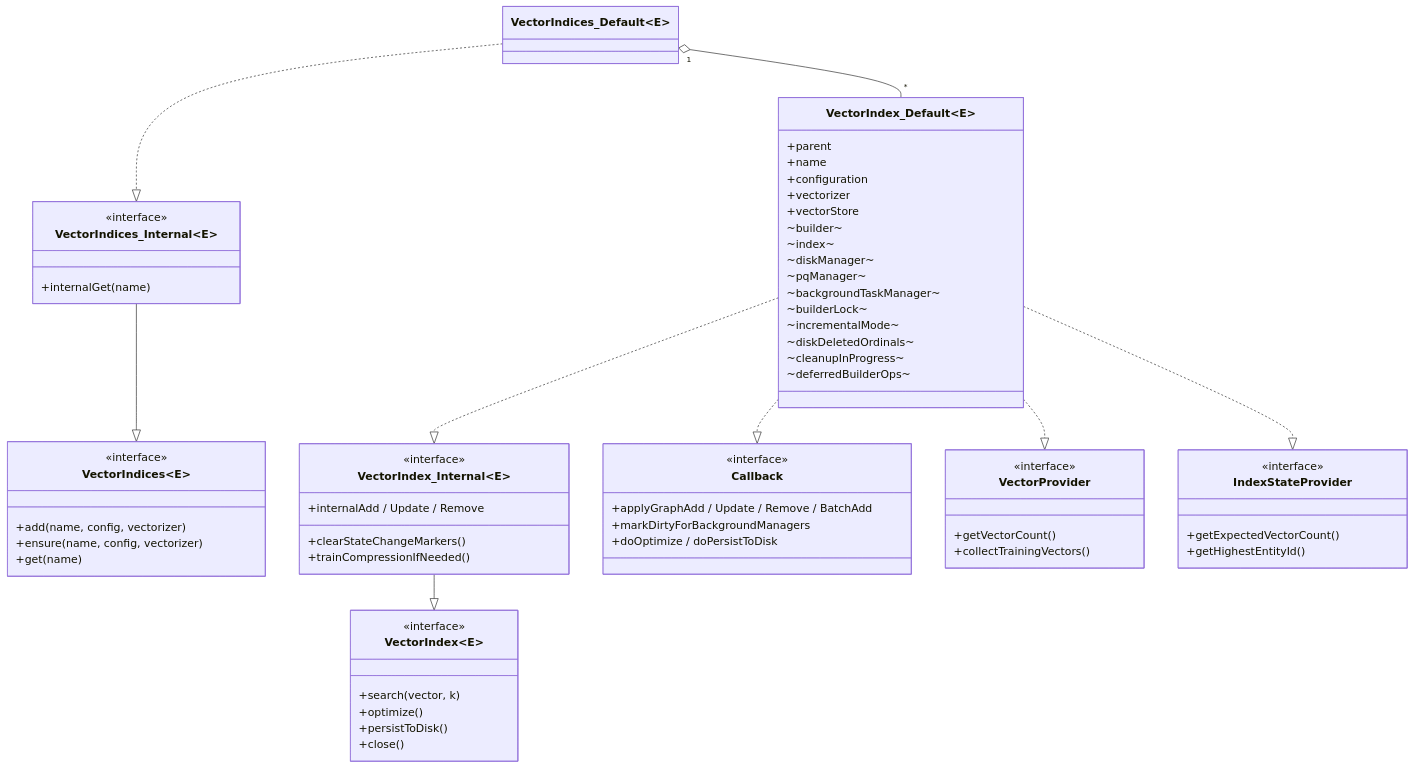
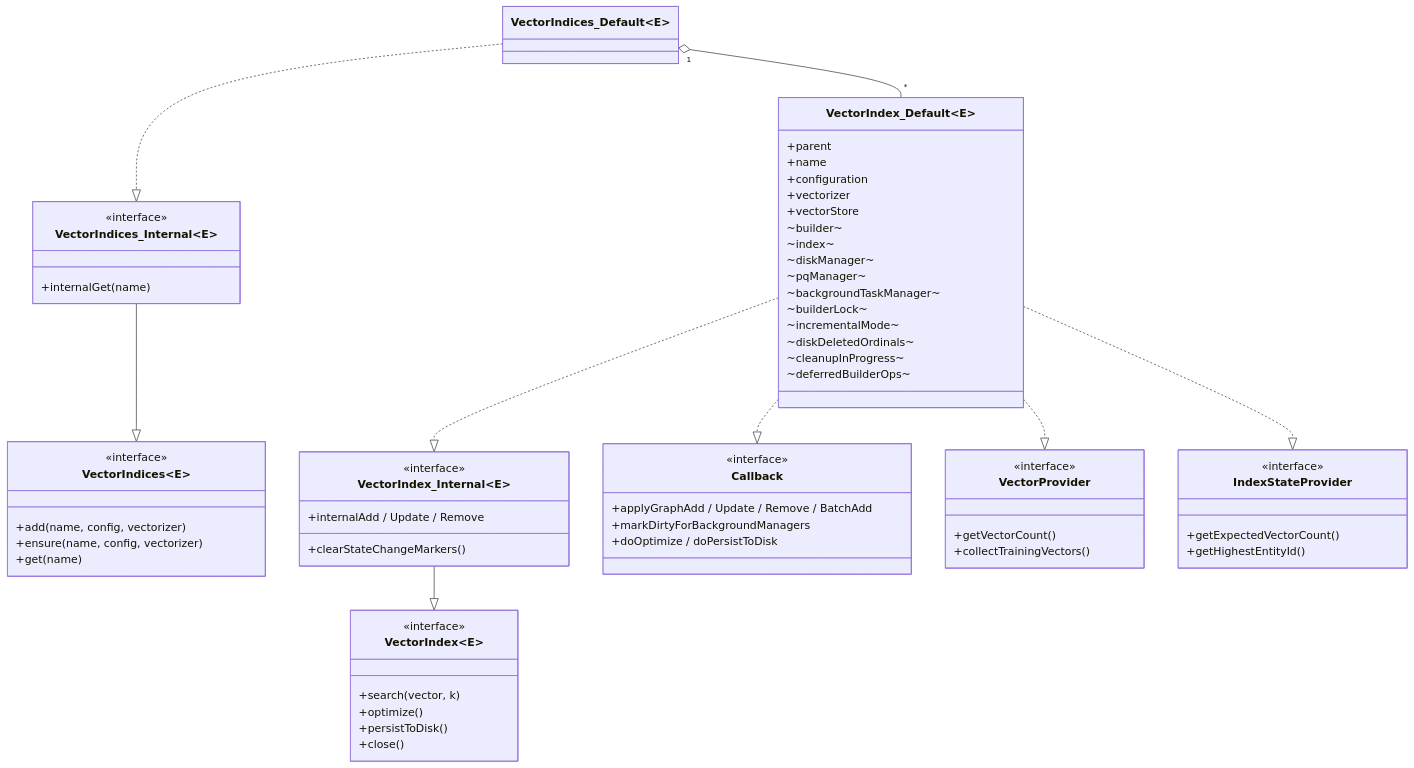
Before and after one commit to eclipse-store/store: the second of 10 diagrams in gigamap/jvector/ARCHITECTURE.md, drawn with Mermaid. The commit also changed other lines of this file and 15 other files, not shown here.

````diff
--- a/gigamap/jvector/ARCHITECTURE.md
+++ b/gigamap/jvector/ARCHITECTURE.md
@@ -112,75 +112,74 @@
 ```mermaid
 classDiagram
     direction TB
 
     class VectorIndices~E~ {
         <<interface>>
         +add(name, config, vectorizer)
         +ensure(name, config, vectorizer)
         +get(name)
     }
     class VectorIndices_Internal~E~ {
         <<interface>>
         +internalGet(name)
     }
     class VectorIndices_Default~E~
 
     class VectorIndex~E~ {
         <<interface>>
         +search(vector, k)
         +optimize()
         +persistToDisk()
         +close()
     }
     class VectorIndex_Internal~E~ {
         <<interface>>
         +internalAdd / Update / Remove
         +clearStateChangeMarkers()
-        +trainCompressionIfNeeded()
     }
     class VectorIndex_Default~E~ {
         +parent
         +name
         +configuration
         +vectorizer
         +vectorStore
         ~builder~
         ~index~
         ~diskManager~
         ~pqManager~
         ~backgroundTaskManager~
         ~builderLock~
         ~incrementalMode~
         ~diskDeletedOrdinals~
         ~cleanupInProgress~
         ~deferredBuilderOps~
     }
 
     class Callback {
         <<interface>>
         +applyGraphAdd / Update / Remove / BatchAdd
         +markDirtyForBackgroundManagers
         +doOptimize / doPersistToDisk
     }
     class VectorProvider {
         <<interface>>
         +getVectorCount()
         +collectTrainingVectors()
     }
     class IndexStateProvider {
         <<interface>>
         +getExpectedVectorCount()
         +getHighestEntityId()
     }
 
     VectorIndices_Internal~E~ --|> VectorIndices~E~
     VectorIndices_Default~E~ ..|> VectorIndices_Internal~E~
 
     VectorIndex_Internal~E~ --|> VectorIndex~E~
     VectorIndex_Default~E~ ..|> VectorIndex_Internal~E~
     VectorIndex_Default~E~ ..|> Callback
     VectorIndex_Default~E~ ..|> VectorProvider
     VectorIndex_Default~E~ ..|> IndexStateProvider
 
     VectorIndices_Default~E~ "1" o-- "*" VectorIndex_Default~E~
 ```
````
